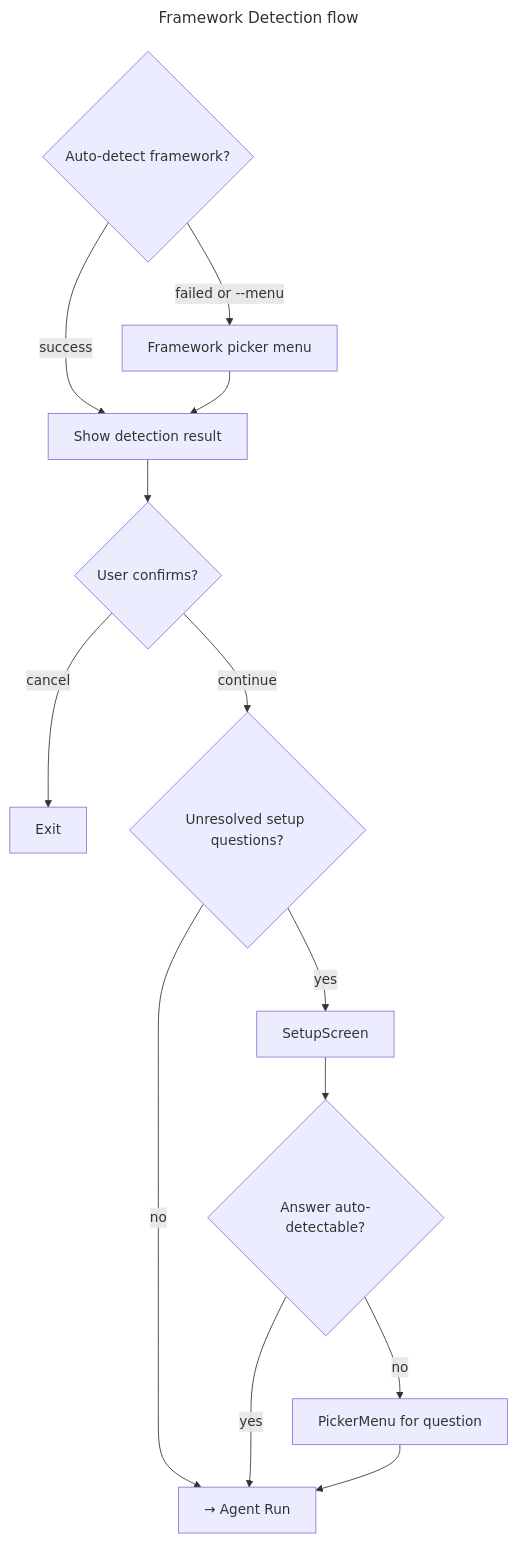
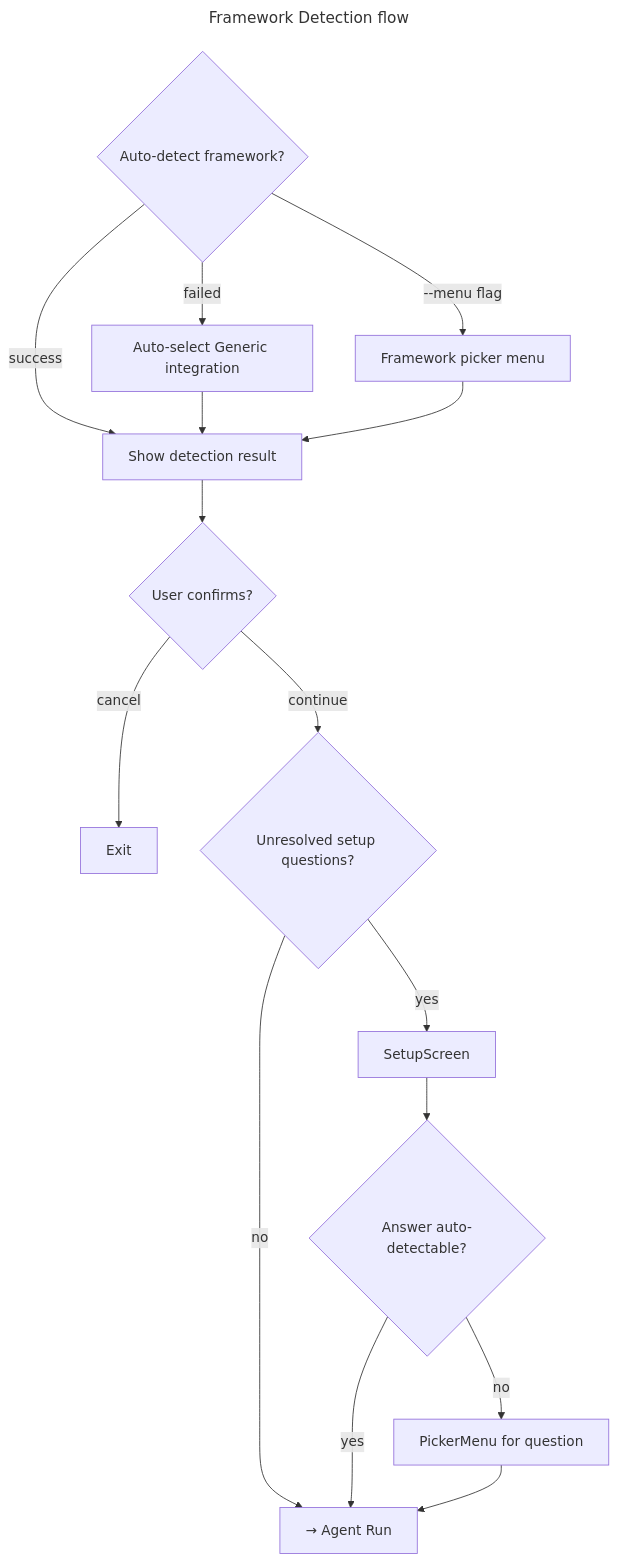
Before and after one commit to amplitude/wizard: the sixth of 7 diagrams in docs/flows.md, drawn with Mermaid. The commit also changed 4 other files, not shown here.

First line of the commit message:
Auto-select generic integration when framework detection fails

````diff
--- a/docs/flows.md
+++ b/docs/flows.md
@@ -190,17 +190,18 @@
 ```mermaid
 ---
 title: Framework Detection flow
 ---
 flowchart TD
     DETECT{Auto-detect framework?}
     DETECT -->|success| RESULT["Show detection result"]
-    DETECT -->|failed or --menu| PICKER["Framework picker menu"] --> RESULT
+    DETECT -->|failed| GENERIC["Auto-select Generic integration"] --> RESULT
+    DETECT -->|--menu flag| PICKER["Framework picker menu"] --> RESULT
     RESULT --> CONFIRM{User confirms?}
     CONFIRM -->|cancel| EXIT["Exit"]
     CONFIRM -->|continue| SETUP_Q{Unresolved setup questions?}
     SETUP_Q -->|no| RUN["→ Agent Run"]
     SETUP_Q -->|yes| SETUP["SetupScreen"]
     SETUP --> ANSWER{Answer auto-detectable?}
     ANSWER -->|yes| RUN
     ANSWER -->|no| PICKER_Q["PickerMenu for question"] --> RUN
 ```
````
